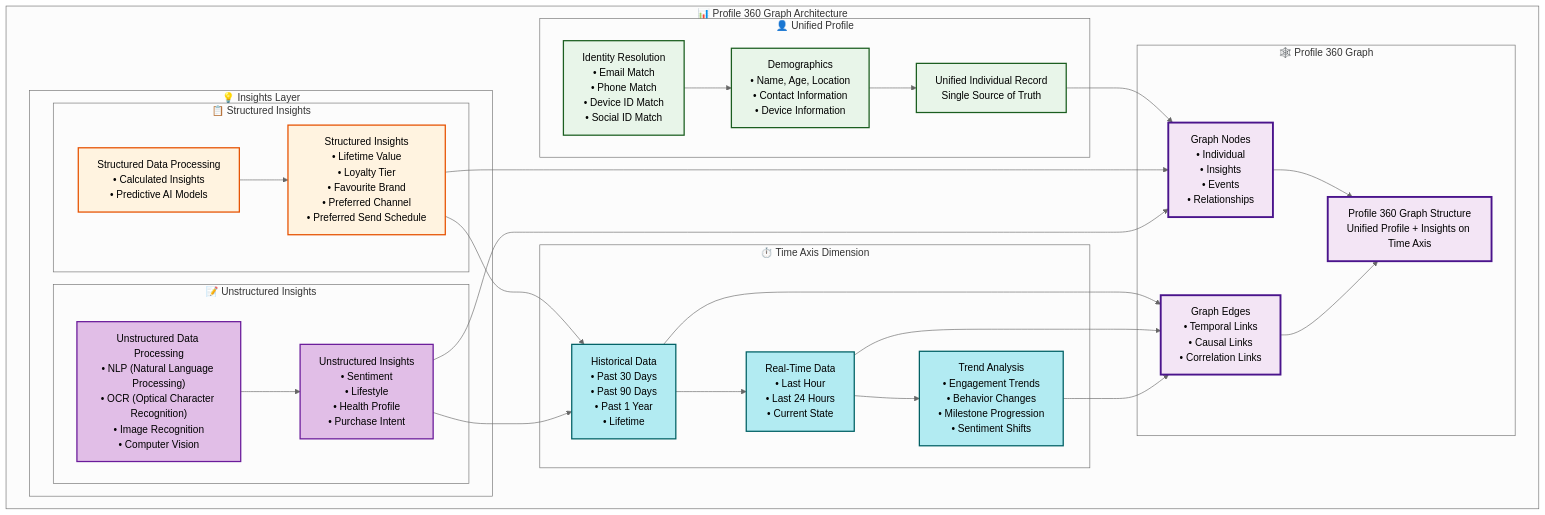
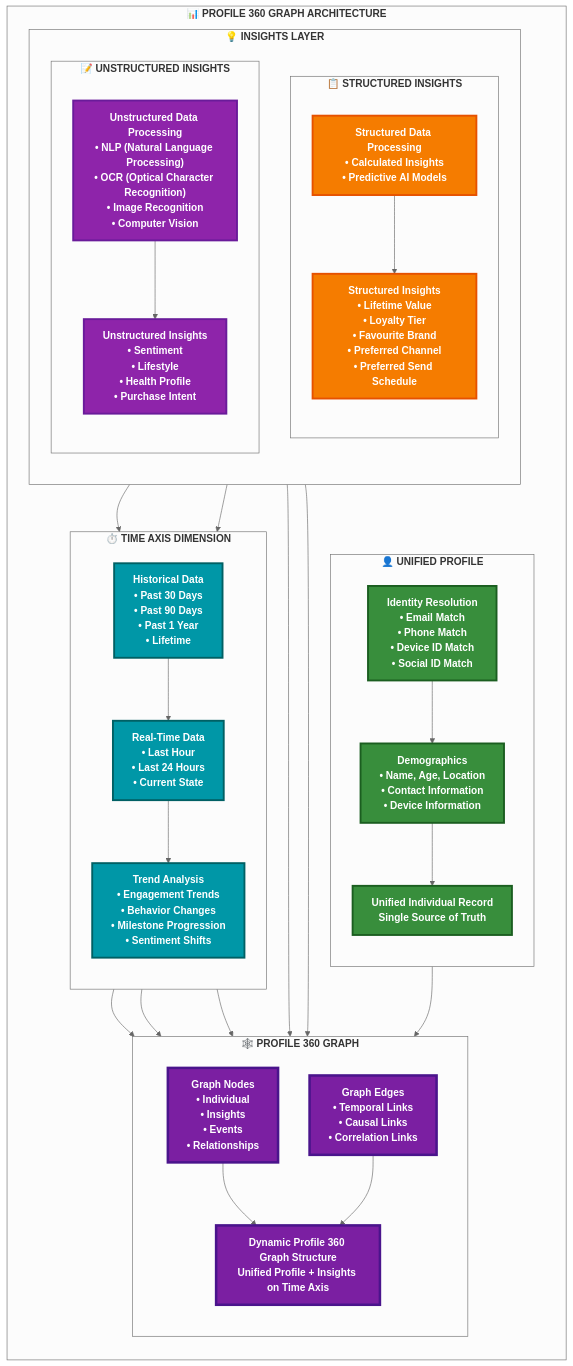
The second of 2 diagrams in ARCHITECTURE_FLOWCHART.md (biswarupbsf/datacloud-personalization-app), drawn with Mermaid (neutral theme) before and after one commit. The commit also changed other lines of this file, not shown here.

Commit message:
Enhance flowchart styling: Add bold headers, improved colors, better legibility, and enhanced visual hierarchy

```diff
--- a/ARCHITECTURE_FLOWCHART.md
+++ b/ARCHITECTURE_FLOWCHART.md
@@ -208,37 +222,44 @@
     %% ============================================
     %% PROFILE 360 GRAPH COMPONENTS
     %% ============================================
-    subgraph Profile360["📊 Profile 360 Graph Architecture"]
+    subgraph Profile360["<b>📊 PROFILE 360 GRAPH ARCHITECTURE</b>"]
+        direction TB
         
-        subgraph Unified["👤 Unified Profile"]
-            Identity["Identity Resolution<br/>• Email Match<br/>• Phone Match<br/>• Device ID Match<br/>• Social ID Match"]
-            Demographics["Demographics<br/>• Name, Age, Location<br/>• Contact Information<br/>• Device Information"]
-            UnifiedRecord["Unified Individual Record<br/>Single Source of Truth"]
+        subgraph Unified["<b>👤 UNIFIED PROFILE</b>"]
+            direction TB
+            Identity["<b>Identity Resolution</b><br/>• Email Match<br/>• Phone Match<br/>• Device ID Match<br/>• Social ID Match"]
+            Demographics["<b>Demographics</b><br/>• Name, Age, Location<br/>• Contact Information<br/>• Device Information"]
+            UnifiedRecord["<b>Unified Individual Record</b><br/>Single Source of Truth"]
         end
         
-        subgraph Insights["💡 Insights Layer"]
+        subgraph Insights["<b>💡 INSIGHTS LAYER</b>"]
+            direction TB
             
-            subgraph Structured["📋 Structured Insights"]
-                StructuredProc["Structured Data Processing<br/>• Calculated Insights<br/>• Predictive AI Models"]
-                StructuredInsights["Structured Insights<br/>• Lifetime Value<br/>• Loyalty Tier<br/>• Favourite Brand<br/>• Preferred Channel<br/>• Preferred Send Schedule"]
+            subgraph Structured["<b>📋 STRUCTURED INSIGHTS</b>"]
+                direction TB
+                StructuredProc["<b>Structured Data Processing</b><br/>• Calculated Insights<br/>• Predictive AI Models"]
+                StructuredInsights["<b>Structured Insights</b><br/>• Lifetime Value<br/>• Loyalty Tier<br/>• Favourite Brand<br/>• Preferred Channel<br/>• Preferred Send Schedule"]
             end
             
-            subgraph Unstructured["📝 Unstructured Insights"]
-                UnstructuredProc["Unstructured Data Processing<br/>• NLP (Natural Language Processing)<br/>• OCR (Optical Character Recognition)<br/>• Image Recognition<br/>• Computer Vision"]
-                UnstructuredInsights["Unstructured Insights<br/>• Sentiment<br/>• Lifestyle<br/>• Health Profile<br/>• Purchase Intent"]
+            subgraph Unstructured["<b>📝 UNSTRUCTURED INSIGHTS</b>"]
+                direction TB
+                UnstructuredProc["<b>Unstructured Data Processing</b><br/>• NLP (Natural Language Processing)<br/>• OCR (Optical Character Recognition)<br/>• Image Recognition<br/>• Computer Vision"]
+                UnstructuredInsights["<b>Unstructured Insights</b><br/>• Sentiment<br/>• Lifestyle<br/>• Health Profile<br/>• Purchase Intent"]
             end
         end
         
-        subgraph TimeAxis["⏱️ Time Axis Dimension"]
-            Historical["Historical Data<br/>• Past 30 Days<br/>• Past 90 Days<br/>• Past 1 Year<br/>• Lifetime"]
-            RealTime["Real-Time Data<br/>• Last Hour<br/>• Last 24 Hours<br/>• Current State"]
-            Trends["Trend Analysis<br/>• Engagement Trends<br/>• Behavior Changes<br/>• Milestone Progression<br/>• Sentiment Shifts"]
+        subgraph TimeAxis["<b>⏱️ TIME AXIS DIMENSION</b>"]
+            direction TB
+            Historical["<b>Historical Data</b><br/>• Past 30 Days<br/>• Past 90 Days<br/>• Past 1 Year<br/>• Lifetime"]
+            RealTime["<b>Real-Time Data</b><br/>• Last Hour<br/>• Last 24 Hours<br/>• Current State"]
+            Trends["<b>Trend Analysis</b><br/>• Engagement Trends<br/>• Behavior Changes<br/>• Milestone Progression<br/>• Sentiment Shifts"]
         end
         
-        subgraph Graph["🕸️ Profile 360 Graph"]
-            Nodes["Graph Nodes<br/>• Individual<br/>• Insights<br/>• Events<br/>• Relationships"]
-            Edges["Graph Edges<br/>• Temporal Links<br/>• Causal Links<br/>• Correlation Links"]
-            GraphStructure["Profile 360 Graph Structure<br/>Unified Profile + Insights on Time Axis"]
+        subgraph Graph["<b>🕸️ PROFILE 360 GRAPH</b>"]
+            direction TB
+            Nodes["<b>Graph Nodes</b><br/>• Individual<br/>• Insights<br/>• Events<br/>• Relationships"]
+            Edges["<b>Graph Edges</b><br/>• Temporal Links<br/>• Causal Links<br/>• Correlation Links"]
+            GraphStructure["<b>Dynamic Profile 360 Graph Structure</b><br/>Unified Profile + Insights on Time Axis"]
         end
     end
     
@@ -269,13 +290,13 @@
     Edges --> GraphStructure
     
     %% ============================================
-    %% STYLING
+    %% ENHANCED STYLING
     %% ============================================
-    classDef unifiedStyle fill:#e8f5e9,stroke:#1b5e20,stroke-width:2px
-    classDef structuredStyle fill:#fff3e0,stroke:#e65100,stroke-width:2px
-    classDef unstructuredStyle fill:#e1bee7,stroke:#6a1b9a,stroke-width:2px
-    classDef timeStyle fill:#b2ebf2,stroke:#006064,stroke-width:2px
-    classDef graphStyle fill:#f3e5f5,stroke:#4a148c,stroke-width:3px
+    classDef unifiedStyle fill:#388e3c,stroke:#1b5e20,stroke-width:3px,color:#ffffff,font-weight:bold
+    classDef structuredStyle fill:#f57c00,stroke:#e65100,stroke-width:3px,color:#ffffff,font-weight:bold
+    classDef unstructuredStyle fill:#8e24aa,stroke:#6a1b9a,stroke-width:3px,color:#ffffff,font-weight:bold
+    classDef timeStyle fill:#0097a7,stroke:#006064,stroke-width:3px,color:#ffffff,font-weight:bold
+    classDef graphStyle fill:#7b1fa2,stroke:#4a148c,stroke-width:4px,color:#ffffff,font-weight:bold
     
     class Identity,Demographics,UnifiedRecord unifiedStyle
     class StructuredProc,StructuredInsights structuredStyle
```
